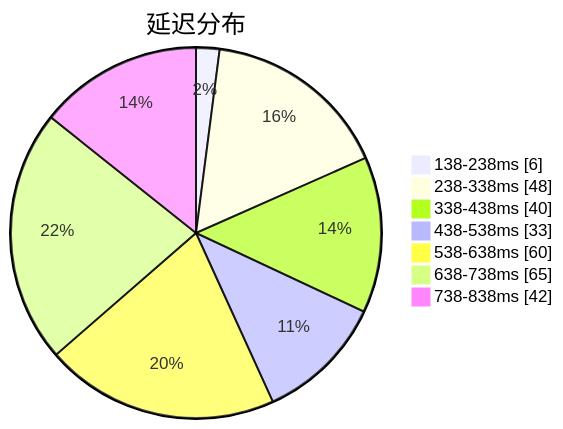
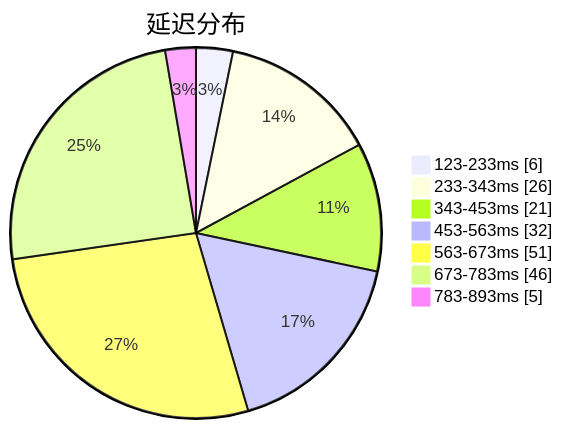
Before and after one commit to sinspired/airport: the first of 3 diagrams in subs/statistics/tested_within.md, drawn with Mermaid. The commit also changed other lines of this file and 2 other files, not shown here.

````diff
--- a/subs/statistics/tested_within.md
+++ b/subs/statistics/tested_within.md
@@ -2,11 +2,11 @@
 ```mermaid
 pie showData
 title 延迟分布
-"138-238ms" : 6
-"238-338ms" : 48
-"338-438ms" : 40
-"438-538ms" : 33
-"538-638ms" : 60
-"638-738ms" : 65
-"738-838ms" : 42
+"123-233ms" : 6
+"233-343ms" : 26
+"343-453ms" : 21
+"453-563ms" : 32
+"563-673ms" : 51
+"673-783ms" : 46
+"783-893ms" : 5
 ```
````
